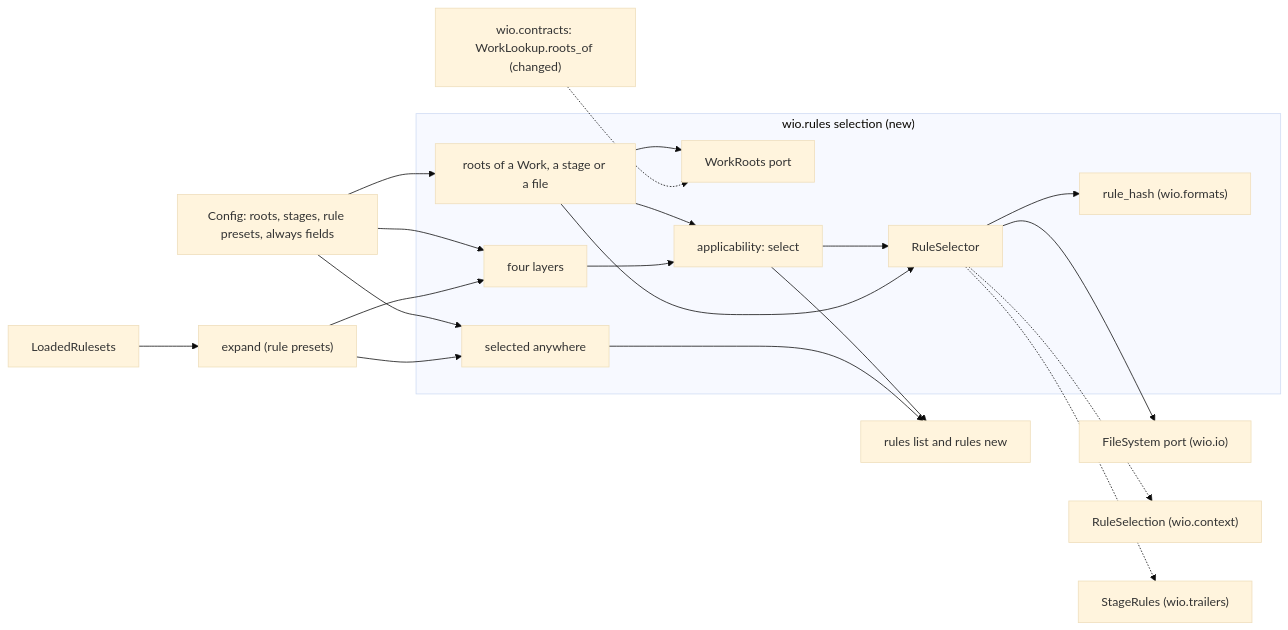
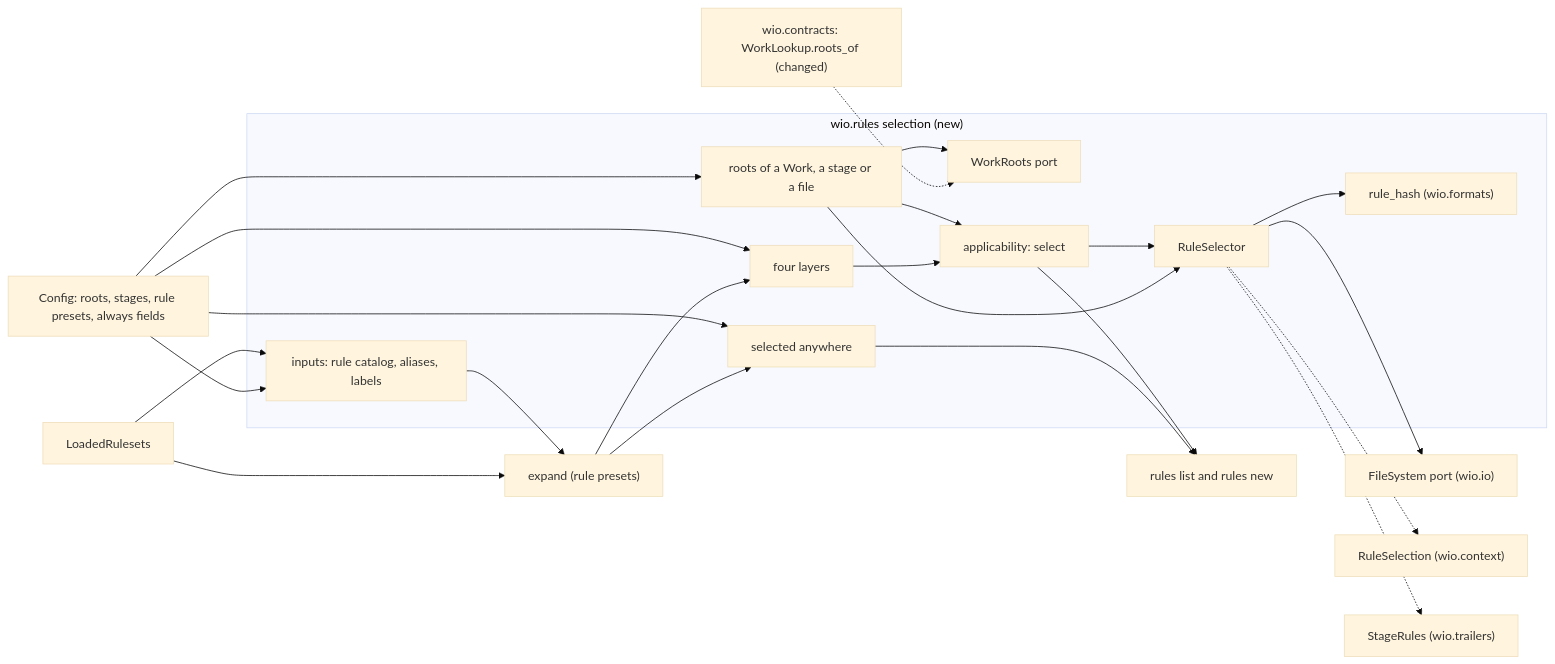
One commit to msitarz/wio changed the second of 2 diagrams in .agents/wio/works/wio-rules/selection/README.md. Above: the diagram before and after it, drawn with Mermaid (base theme). The commit also changed other lines of this file and 11 other files, not shown here.

````diff
--- a/.agents/wio/works/wio-rules/selection/README.md
+++ b/.agents/wio/works/wio-rules/selection/README.md
@@ -117,38 +117,42 @@
 ```mermaid
 flowchart LR
     cfg["Config: roots, stages, rule presets, always fields"]
     rules["LoadedRulesets"]
     contracts["wio.contracts: WorkLookup.roots_of (changed)"]
     files["FileSystem port (wio.io)"]
-    subgraph sel["wio.rules selection (new)"]
+        subgraph sel["wio.rules selection (new)"]
+        inputs["inputs: rule catalog, aliases, labels"]
         roots["roots of a Work, a stage or a file"]
         rootsport["WorkRoots port"]
         layers["four layers"]
         applic["applicability: select"]
         anywhere["selected anywhere"]
         selector["RuleSelector"]
         hash["rule_hash (wio.formats)"]
     end
     expand["expand (rule presets)"]
     ctxport["RuleSelection (wio.context)"]
     stageport["StageRules (wio.trailers)"]
     listing["rules list and rules new"]
     cfg --> layers
     cfg --> roots
     cfg --> anywhere
+        rules --> inputs
+    cfg --> inputs
+    inputs --> expand
     rules --> expand
     expand --> layers
     expand --> anywhere
     roots --> rootsport
     contracts -.-> rootsport
     roots --> applic
     layers --> applic
     applic --> listing
     anywhere --> listing
     applic --> selector
     roots --> selector
     selector --> hash
     selector --> files
     selector -.-> ctxport
     selector -.-> stageport
 ```
````
